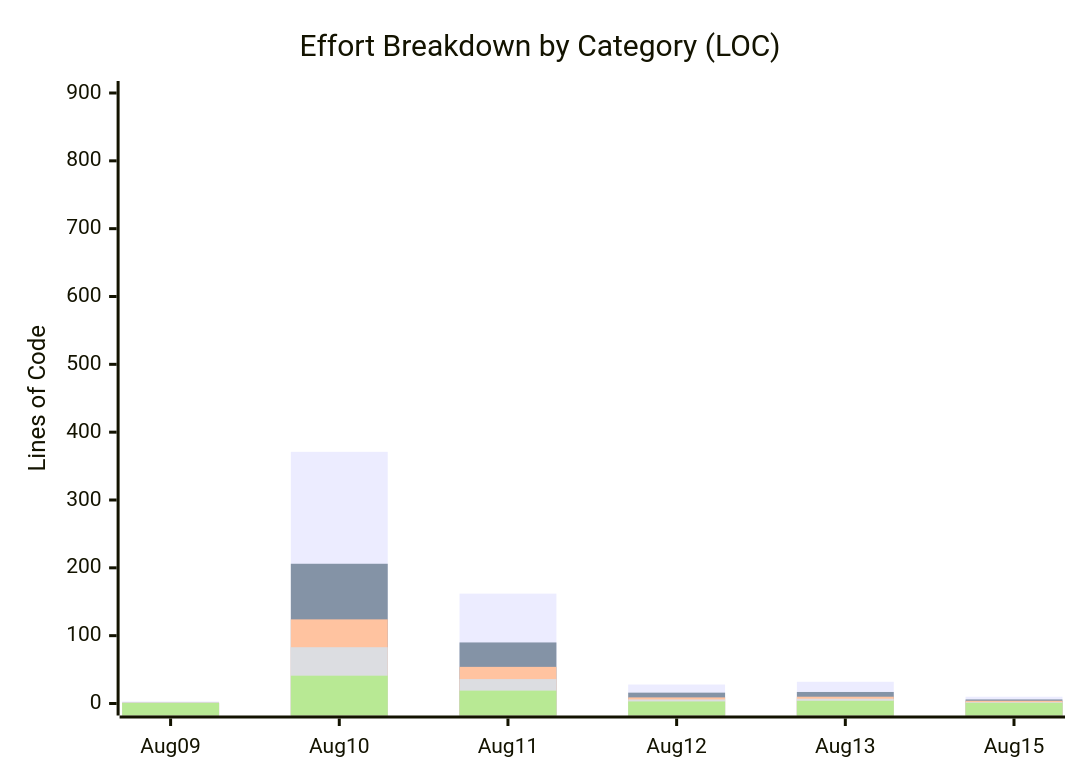
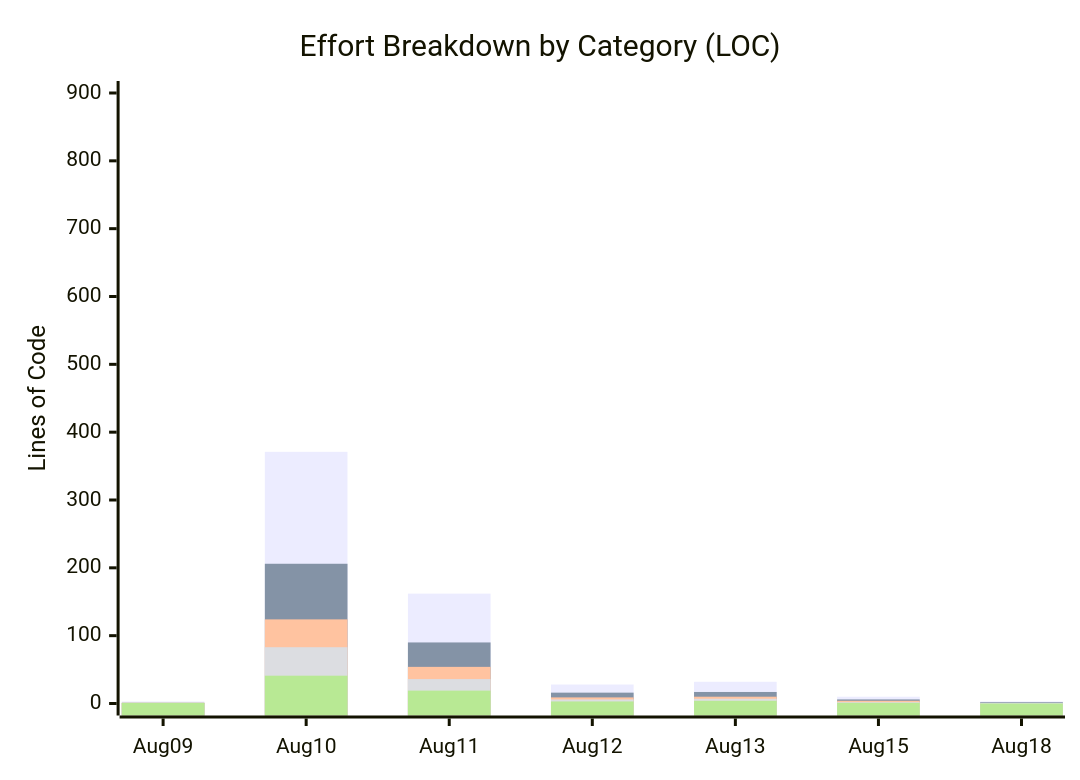
Before and after one commit to roger64s/gradagig-website: the third of 3 diagrams in docs/PROJECT_SUMMARY.md, drawn with Mermaid. The commit also changed other lines of this file and 2 other files, not shown here.

````diff
--- a/docs/PROJECT_SUMMARY.md
+++ b/docs/PROJECT_SUMMARY.md
@@ -74,11 +75,11 @@
 ```mermaid
 xychart-beta
     title "Effort Breakdown by Category (LOC)"
-    x-axis [Aug 09, Aug 10, Aug 11, Aug 12, Aug 13, Aug 15]
+    x-axis [Aug 09, Aug 10, Aug 11, Aug 12, Aug 13, Aug 15, Aug 18]
     y-axis "Lines of Code" 0 --> 900
-    bar [3, 371, 162, 28, 32, 10]
-    bar [1, 206, 90, 16, 17, 6]
-    bar [1, 124, 54, 9, 10, 4]
-    bar [0, 83, 36, 6, 7, 2]
-    bar [1, 41, 19, 3, 4, 1]
+    bar [3, 371, 162, 28, 32, 10, 3]
+    bar [1, 206, 90, 16, 17, 6, 2]
+    bar [1, 124, 54, 9, 10, 4, 0]
+    bar [0, 83, 36, 6, 7, 2, 1]
+    bar [1, 41, 19, 3, 4, 1, 0]
 ```
````
